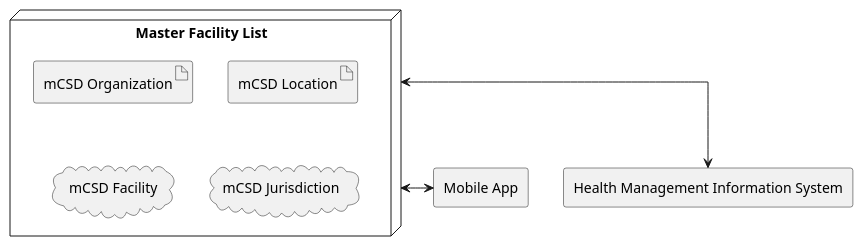
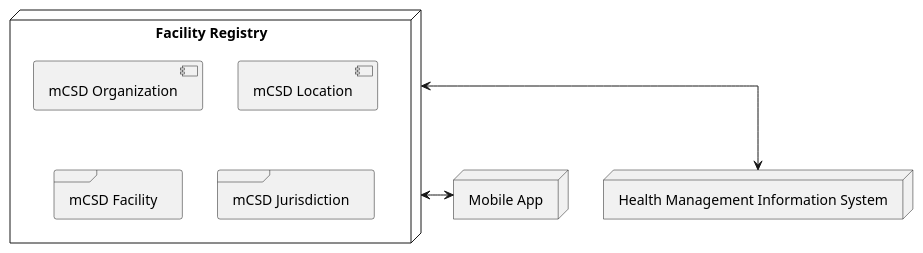
One commit to IHE/mCSD-Whitepaper changed the third of 6 diagrams in mCSD-Whitepaper.plantuml. Above: the diagram before and after it, drawn with PlantUML. The commit also changed other lines of this file and 11 other files, not shown here.

Commit message:
Added back in use cases at the top and updated the facility section to reflect this change.  HWR and ILR still need to be updated.  Also updated diagrams for those.

```diff
--- a/mCSD-Whitepaper.plantuml
+++ b/mCSD-Whitepaper.plantuml
@@ -52,17 +54,18 @@
-@startuml master-facility-list
+@startuml simple-facility-registry
+skinparam componentStyle uml2
 skinparam linetype ortho
 
-node registry as "Master Facility List" {
-  artifact forg as "mCSD Organization"
-  artifact floc as "mCSD Location"
-  cloud "mCSD Facility"
-  cloud "mCSD Jurisdiction"
+node registry as "Facility Registry" {
+  component forg as "mCSD Organization"
+  component floc as "mCSD Location"
+  frame "mCSD Facility"
+  frame "mCSD Jurisdiction"
 }
 together {
-  rectangle hmis as "Health Management Information System"
-  rectangle mobile as "Mobile App"
+  node hmis as "Health Management Information System"
+  node mobile as "Mobile App"
 }
 registry <--> hmis 
 registry <--> mobile 
 
 @enduml
```
